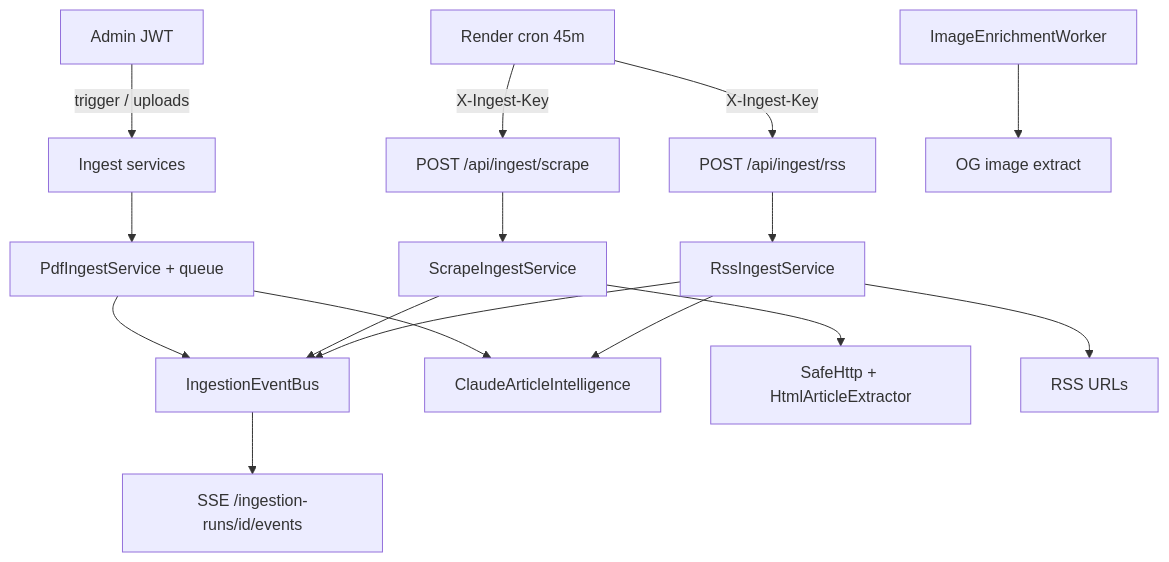
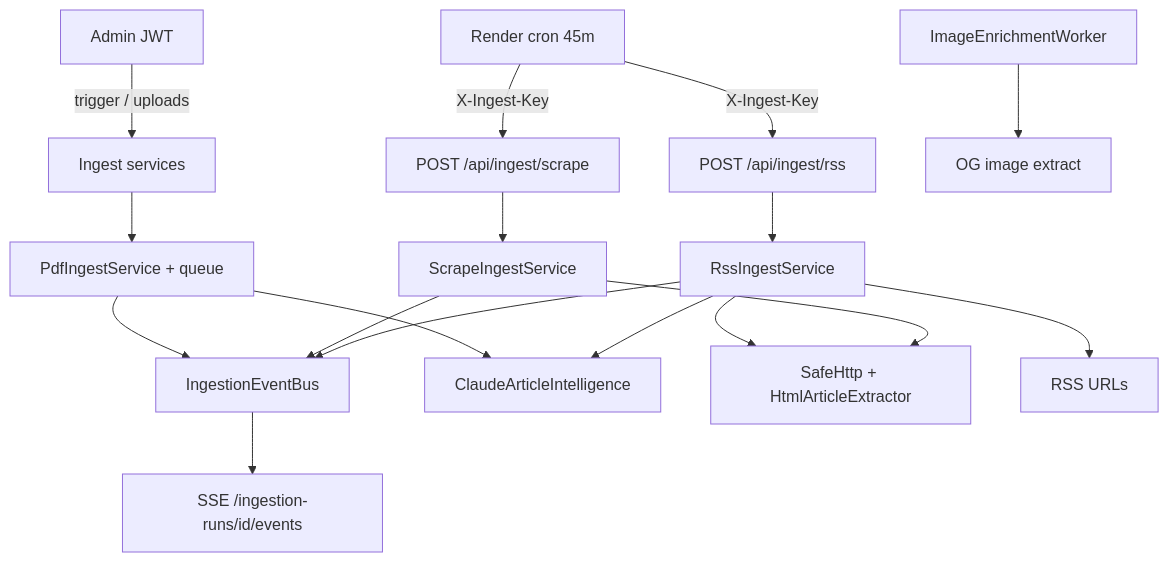
The first of 2 diagrams in docs/architecture/04-ingestion.md (sshivanshg/TAZAkhabar), drawn with Mermaid before and after one commit. The commit also changed other lines of this file and 34 other files, not shown here.

````diff
--- a/docs/architecture/04-ingestion.md
+++ b/docs/architecture/04-ingestion.md
@@ -17,18 +17,19 @@
 ```mermaid
 flowchart TB
   Cron[Render cron 45m] -->|X-Ingest-Key| RssEP[POST /api/ingest/rss]
   Cron -->|X-Ingest-Key| ScrapeEP[POST /api/ingest/scrape]
   Admin[Admin JWT] -->|trigger / uploads| API[Ingest services]
   RssEP --> RssSvc[RssIngestService]
   ScrapeEP --> ScrapeSvc[ScrapeIngestService]
   API --> PdfSvc[PdfIngestService + queue]
   RssSvc --> Bus[IngestionEventBus]
   ScrapeSvc --> Bus
   PdfSvc --> Bus
   Bus --> SSE[SSE /ingestion-runs/id/events]
   RssSvc --> Claude[ClaudeArticleIntelligence]
   PdfSvc --> Claude
   ScrapeSvc --> HTML[SafeHttp + HtmlArticleExtractor]
+  RssSvc --> HTML
   RssSvc --> Feeds[RSS URLs]
   ImgQ[ImageEnrichmentWorker] --> OG[OG image extract]
 ```
````
